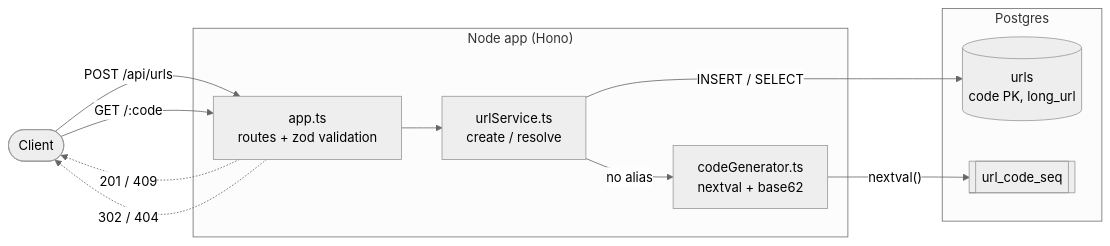
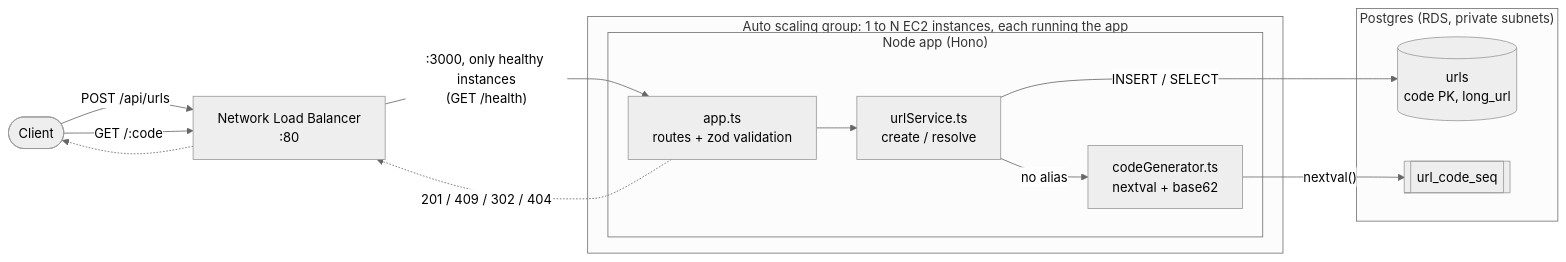
The diagram in README.md (curiousdirection/url-shortener), drawn with Mermaid (neutral theme) before and after one commit. The commit also changed other lines of this file and 10 other files, not shown here.

First line of the commit message:
Infra: app servers, load balancer and release script

````diff
--- a/README.md
+++ b/README.md
@@ -7,25 +7,29 @@
 ```mermaid
 flowchart LR
     client([Client])
+    nlb["Network Load Balancer<br/>:80"]
 
-    subgraph app["Node app (Hono)"]
-        routes["app.ts<br/>routes + zod validation"]
-        service["urlService.ts<br/>create / resolve"]
-        gen["codeGenerator.ts<br/>nextval + base62"]
-        routes --> service
-        service -->|"no alias"| gen
+    subgraph asg["Auto scaling group: 1 to N EC2 instances, each running the app"]
+        subgraph app["Node app (Hono)"]
+            routes["app.ts<br/>routes + zod validation"]
+            service["urlService.ts<br/>create / resolve"]
+            gen["codeGenerator.ts<br/>nextval + base62"]
+            routes --> service
+            service -->|"no alias"| gen
+        end
     end
 
-    subgraph pg["Postgres"]
+    subgraph pg["Postgres (RDS, private subnets)"]
         urls[("urls<br/>code PK, long_url")]
         seq[["url_code_seq"]]
     end
 
-    client -->|"POST /api/urls"| routes
-    client -->|"GET /:code"| routes
-    routes -.->|"201 / 409"| client
-    routes -.->|"302 / 404"| client
+    client -->|"POST /api/urls"| nlb
+    client -->|"GET /:code"| nlb
+    nlb -->|":3000, only healthy instances<br/>(GET /health)"| routes
+    routes -.->|"201 / 409 / 302 / 404"| nlb
+    nlb -.-> client
 
     service -->|"INSERT / SELECT"| urls
     gen -->|"nextval()"| seq
 ```
````
